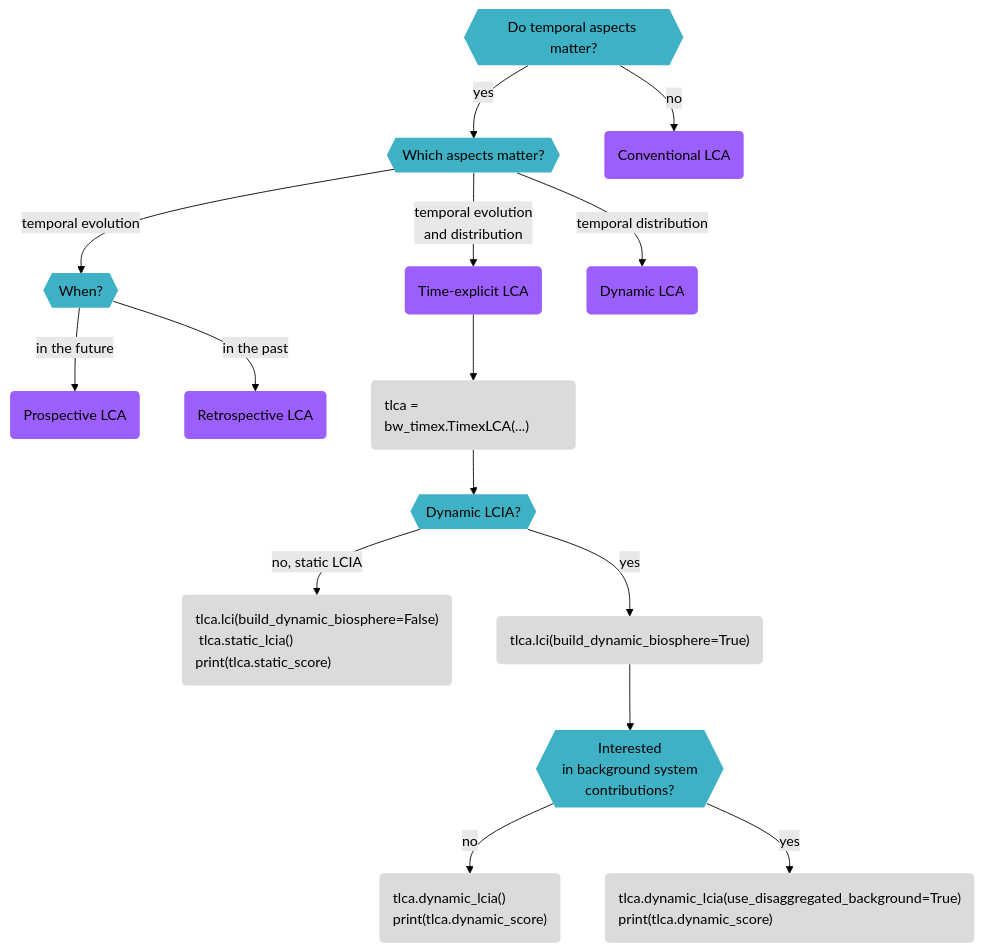
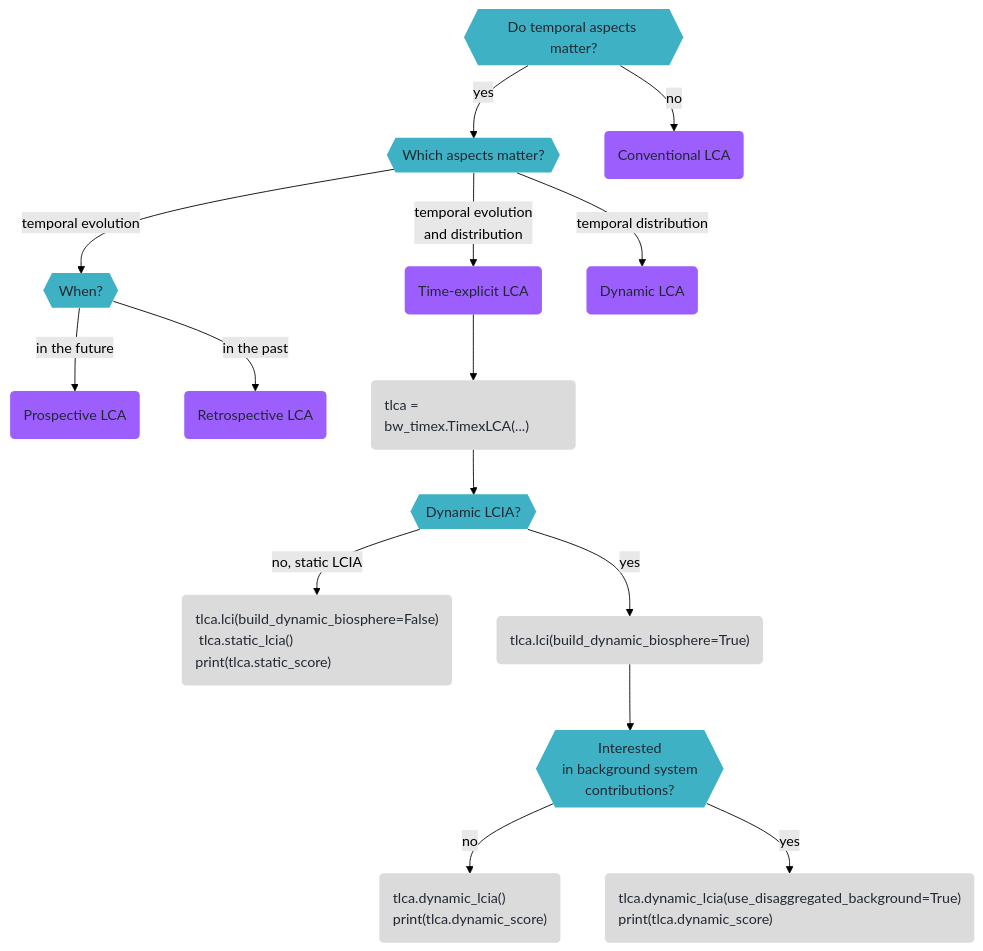
One commit to brightway-lca/bw_timex changed the first of 3 diagrams in docs/content/decisiontree.md. Above: the diagram before and after it, drawn with Mermaid (forest theme). The commit also changed other lines of this file, not shown here.

First line of the commit message:
docs: fix dark-mode mermaid text color and modernize decisiontree.md

````diff
--- a/docs/content/decisiontree.md
+++ b/docs/content/decisiontree.md
@@ -9,41 +9,41 @@
 ```mermaid
 flowchart TD
     %% Define node classes
-    classDef decision fill:#3fb1c5,color:black,stroke:none;
-    classDef lcaType fill:#9c5ffd,color:black,stroke:none;
-    classDef codeNode fill:#DBDBDB,text-align:left,color:black,stroke:none;
+    classDef decision fill:#3fb1c5,color:#222832,stroke:none;
+    classDef lcaType fill:#9c5ffd,color:#222832,stroke:none;
+    classDef codeNode fill:#DBDBDB,text-align:left,color:#222832,stroke:none;
 
     TimingDecision{{"Do temporal aspects matter?"}}:::decision
     AspectDecision{{"Which aspects matter?"}}:::decision
     ConventionalLCA("Conventional LCA"):::lcaType
     WhenDecision{{"When?"}}:::decision
     ProspectiveLCA("Prospective LCA"):::lcaType
     RetrospectiveLCA("Retrospective LCA"):::lcaType
     TimeExplicitLCA("Time-explicit LCA"):::lcaType
     CodeTimeExplicit("tlca = bw_timex.TimexLCA(...)"):::codeNode
     DynamicLCA("Dynamic LCA"):::lcaType
     DynamicLCIADecision{{"Dynamic LCIA?"}}:::decision
     CodeStaticLCIA("tlca.lci(build_dynamic_biosphere=False)\n tlca.static_lcia()\nprint(tlca.static_score)"):::codeNode
     CodeDynamicLCI("tlca.lci(build_dynamic_biosphere=True)"):::codeNode
     BackgroundDecision{{"Interested \n in background system \n contributions?"}}:::decision
     CodeDynamicLCIA("tlca.dynamic_lcia()\nprint(tlca.dynamic_score)"):::codeNode
     CodeDisaggregatedLCIA("tlca.dynamic_lcia(use_disaggregated_background=True)\nprint(tlca.dynamic_score)"):::codeNode
 
 
 
     %% Define connections
     TimingDecision -- "yes" --> AspectDecision
     TimingDecision -- "no" --> ConventionalLCA
     AspectDecision -- "temporal evolution" --> WhenDecision
     AspectDecision -- "temporal distribution" --> DynamicLCA
     AspectDecision -- "temporal evolution \n and distribution" --> TimeExplicitLCA
     WhenDecision -- "in the future" --> ProspectiveLCA
     WhenDecision -- "in the past" --> RetrospectiveLCA
     TimeExplicitLCA --> CodeTimeExplicit
     CodeTimeExplicit --> DynamicLCIADecision
     DynamicLCIADecision -- "no, static LCIA" --> CodeStaticLCIA
     DynamicLCIADecision -- "yes" --> CodeDynamicLCI
     CodeDynamicLCI --> BackgroundDecision
     BackgroundDecision -- "no" --> CodeDynamicLCIA
     BackgroundDecision -- "yes" --> CodeDisaggregatedLCIA
 ```
````
